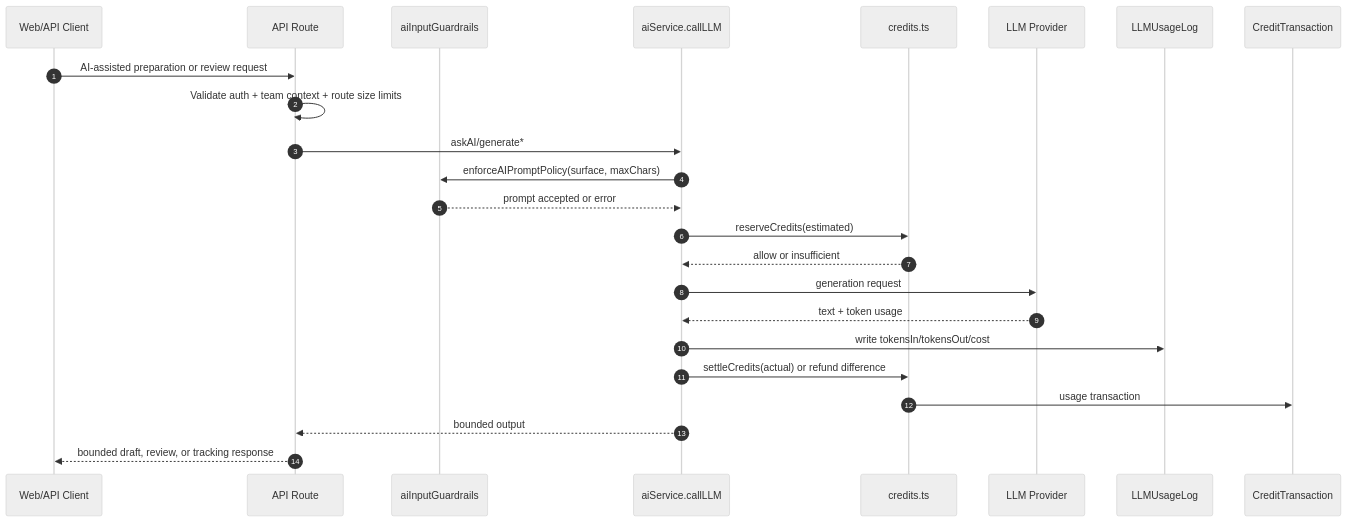
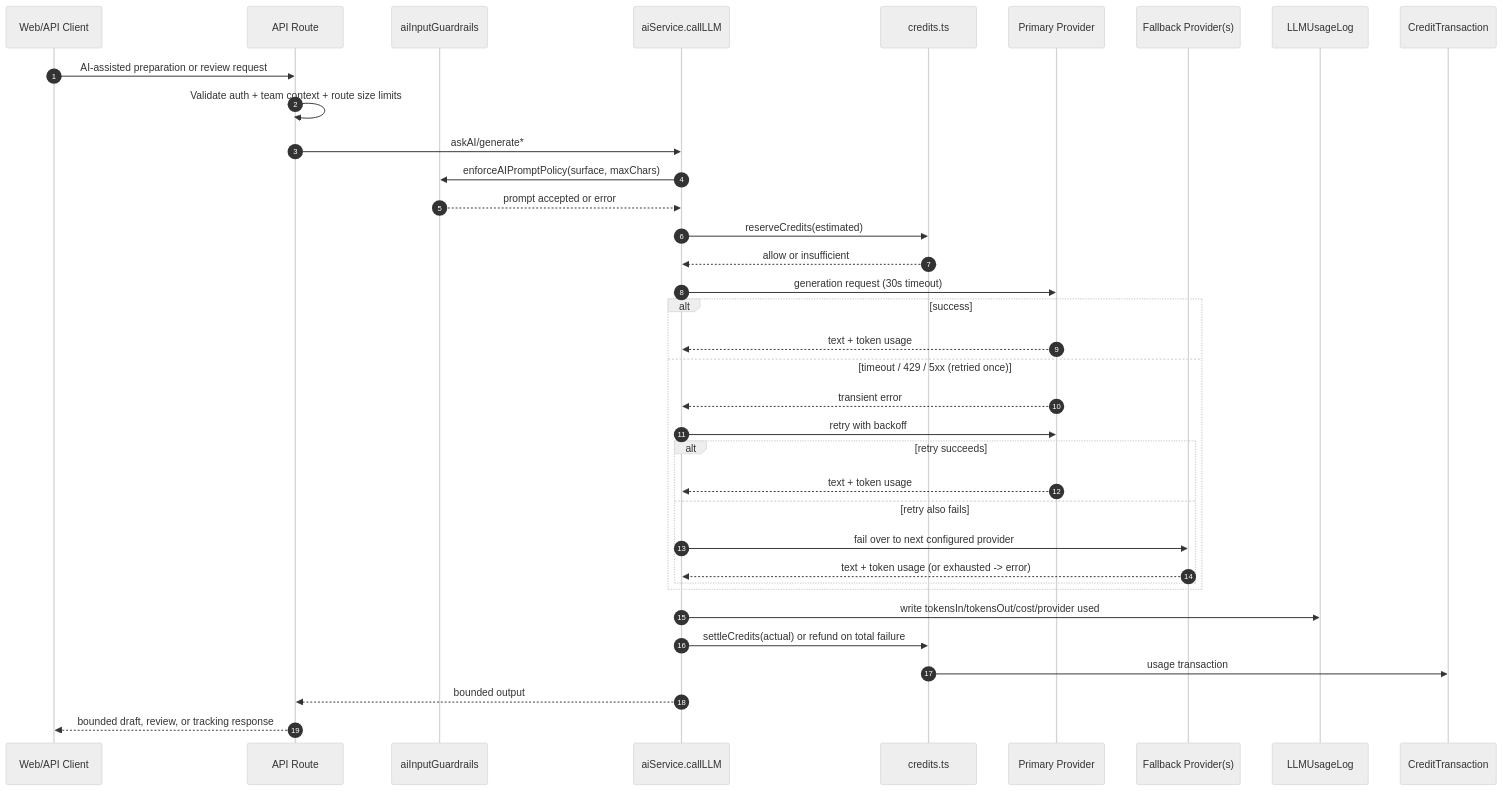
Before and after one commit to Convospanai-outreach/fullstack: the diagram in docs/AI_GUARDRAILS_AND_TOKEN_USAGE.md, drawn with Mermaid (neutral theme). The commit also changed other lines of this file and 1 other file, not shown here.

Commit message:
fix(ai): add timeout, retry, and provider fallback to callLLM
aiService.callLLM had no timeout and no retry/fallback: a hung or
erroring primary provider failed the whole request even when other
provider keys were configured for the team. Now walks a priority
chain (Gemini > OpenAI > Anthropic) built from configured keys,
retries a transient error once with backoff, and fails over to the
next provider before giving up. Updates the Mermaid (Merlin) flow
diagram in docs/AI_GUARDRAILS_AND_TOKEN_USAGE.md to match.

Claude-Session: https://claude.ai/code/session_01TbV1xRuMXpdmexJ2BUbDJk

````diff
--- a/docs/AI_GUARDRAILS_AND_TOKEN_USAGE.md
+++ b/docs/AI_GUARDRAILS_AND_TOKEN_USAGE.md
@@ -28,27 +28,39 @@
 ```mermaid
 sequenceDiagram
     autonumber
     participant Client as Web/API Client
     participant Route as API Route
     participant Guard as aiInputGuardrails
     participant AI as aiService.callLLM
     participant Credits as credits.ts
-    participant Provider as LLM Provider
+    participant P1 as Primary Provider
+    participant P2 as Fallback Provider(s)
     participant Usage as LLMUsageLog
     participant Ledger as CreditTransaction
 
     Client->>Route: AI-assisted preparation or review request
     Route->>Route: Validate auth + team context + route size limits
     Route->>AI: askAI/generate*
     AI->>Guard: enforceAIPromptPolicy(surface, maxChars)
     Guard-->>AI: prompt accepted or error
     AI->>Credits: reserveCredits(estimated)
     Credits-->>AI: allow or insufficient
-    AI->>Provider: generation request
-    Provider-->>AI: text + token usage
-    AI->>Usage: write tokensIn/tokensOut/cost
-    AI->>Credits: settleCredits(actual) or refund difference
+    AI->>P1: generation request (30s timeout)
+    alt success
+        P1-->>AI: text + token usage
+    else timeout / 429 / 5xx (retried once)
+        P1-->>AI: transient error
+        AI->>P1: retry with backoff
+        alt retry succeeds
+            P1-->>AI: text + token usage
+        else retry also fails
+            AI->>P2: fail over to next configured provider
+            P2-->>AI: text + token usage (or exhausted -> error)
+        end
+    end
+    AI->>Usage: write tokensIn/tokensOut/cost/provider used
+    AI->>Credits: settleCredits(actual) or refund on total failure
     Credits->>Ledger: usage transaction
     AI-->>Route: bounded output
     Route-->>Client: bounded draft, review, or tracking response
 ```
````
